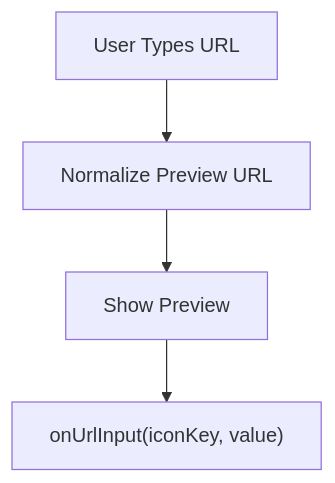
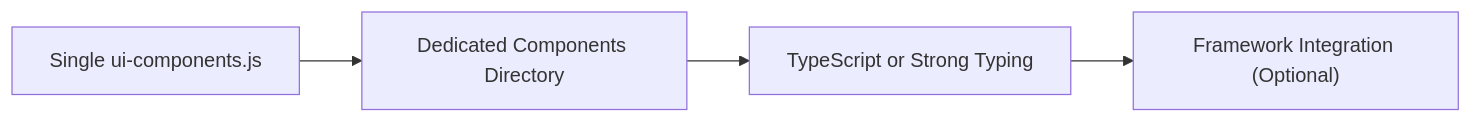
One commit to Ylianst/MeshCentral changed the seventh of 7 diagrams in docs/reference/architecture/ui-components/ui-components.md. Above: the diagram before and after it, drawn with Mermaid. The commit also changed other lines of this file and 642 other files, not shown here.

````diff
--- a/docs/reference/architecture/ui-components/ui-components.md
+++ b/docs/reference/architecture/ui-components/ui-components.md
@@ -247,6 +285,6 @@
 ```mermaid
-flowchart TD
-    UrlInput["User Types URL"] --> Validate["Normalize Preview URL"]
-    Validate --> ShowPreview["Show Preview"]
-    ShowPreview --> NotifyPage["onUrlInput(iconKey, value)"]
+flowchart LR
+    SingleFile["Single ui-components.js"] --> Modularized["Dedicated Components Directory"]
+    Modularized --> TypedLayer["TypeScript or Strong Typing"]
+    TypedLayer --> FrameworkIntegration["Framework Integration (Optional)"]
 ```
````
